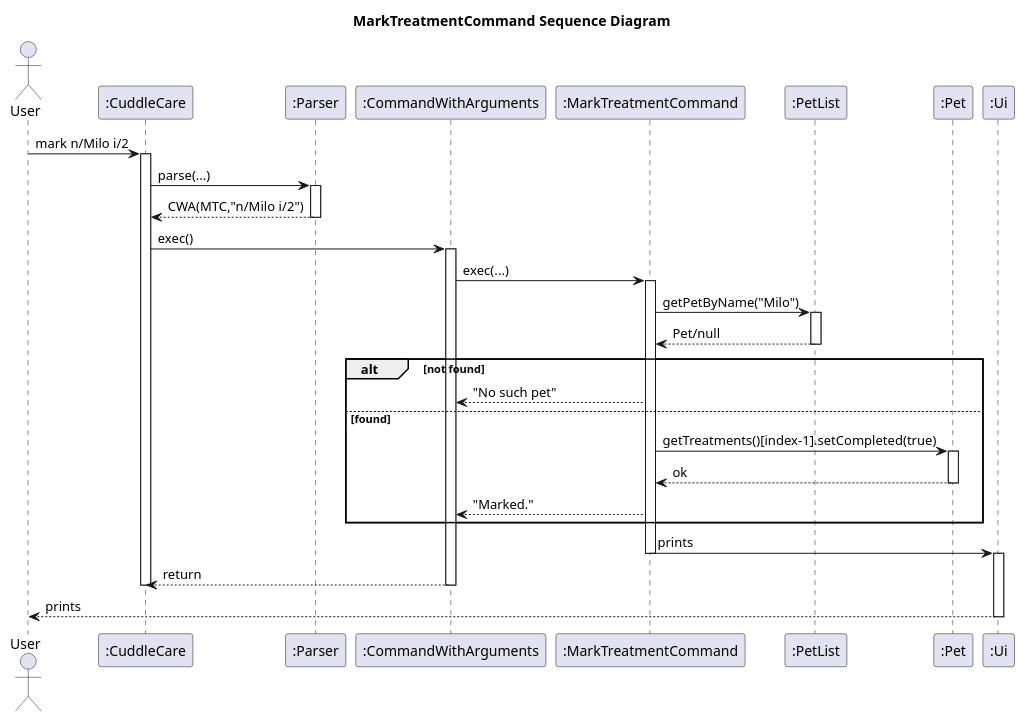
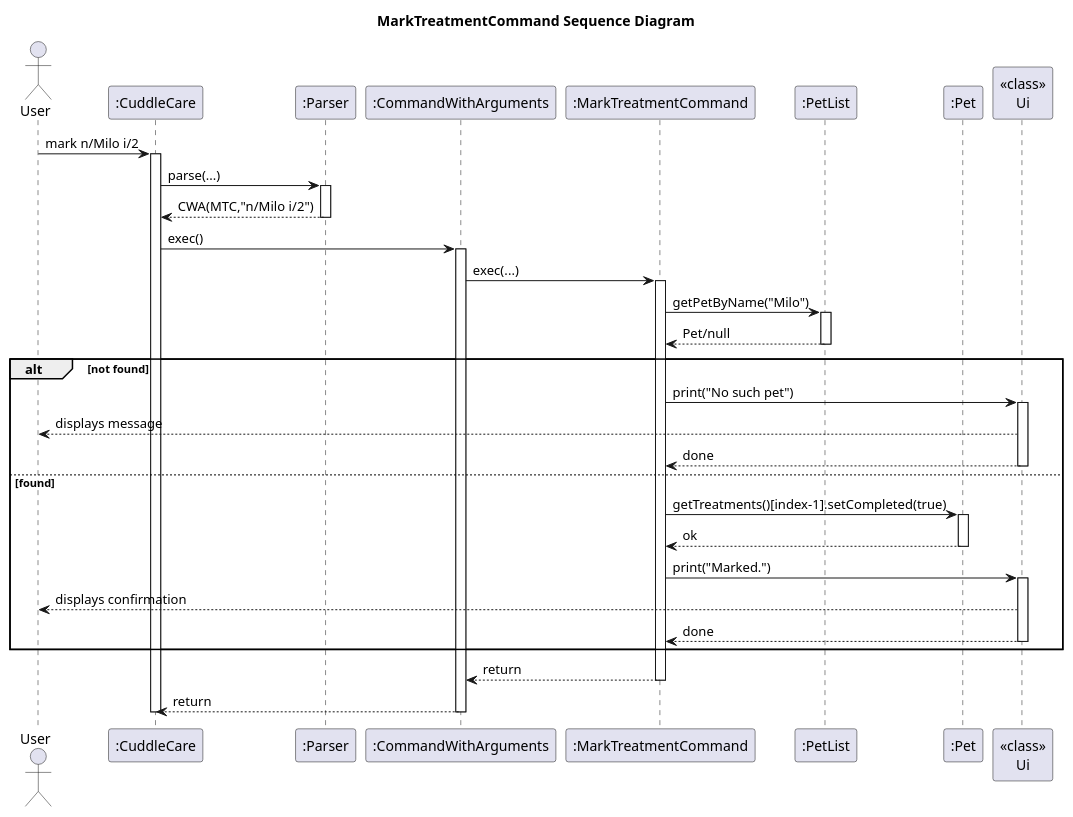
The diagram in docs/uml/MarkTreatmentCommand_Sequence_Diagram.puml (Kevin88866/tp), drawn with PlantUML before and after one commit. The commit also changed 12 other files, not shown here.

First line of the commit message:
modify code and sequence diagram

```diff
--- a/docs/uml/MarkTreatmentCommand_Sequence_Diagram.puml
+++ b/docs/uml/MarkTreatmentCommand_Sequence_Diagram.puml
@@ -1,45 +1,51 @@
 @startuml
 title MarkTreatmentCommand Sequence Diagram
 actor User
 participant ":CuddleCare" as CuddleCare
 participant ":Parser" as Parser
 participant ":CommandWithArguments" as CWA
 participant ":MarkTreatmentCommand" as MTC
 participant ":PetList" as PetList
 participant ":Pet" as Pet
-participant ":Ui" as Ui
+participant "<<class>>\nUi" as Ui
 
 User -> CuddleCare : mark n/Milo i/2
 activate CuddleCare
 CuddleCare -> Parser : parse(...)
 activate Parser
 Parser --> CuddleCare : CWA(MTC,"n/Milo i/2")
 deactivate Parser
 
 CuddleCare -> CWA : exec()
 activate CWA
 CWA -> MTC : exec(...)
 activate MTC
 MTC -> PetList : getPetByName("Milo")
 activate PetList
 PetList --> MTC : Pet/null
 deactivate PetList
 
 alt not found
-  MTC --> CWA : "No such pet"
+  MTC -> Ui : print("No such pet")
+  activate Ui
+  Ui --> User : displays message
+  Ui --> MTC : done
+  deactivate Ui
 else found
   MTC -> Pet : getTreatments()[index-1].setCompleted(true)
   activate Pet
   Pet --> MTC : ok
   deactivate Pet
-  MTC --> CWA : "Marked."
+  MTC -> Ui : print("Marked.")
+  activate Ui
+  Ui --> User : displays confirmation
+  Ui --> MTC : done
+  deactivate Ui
 end
-  MTC -> Ui : prints
+
+MTC --> CWA : return
 deactivate MTC
-activate Ui
 CWA --> CuddleCare : return
 deactivate CWA
 deactivate CuddleCare
-Ui --> User : prints
-deactivate Ui
 @enduml
```
